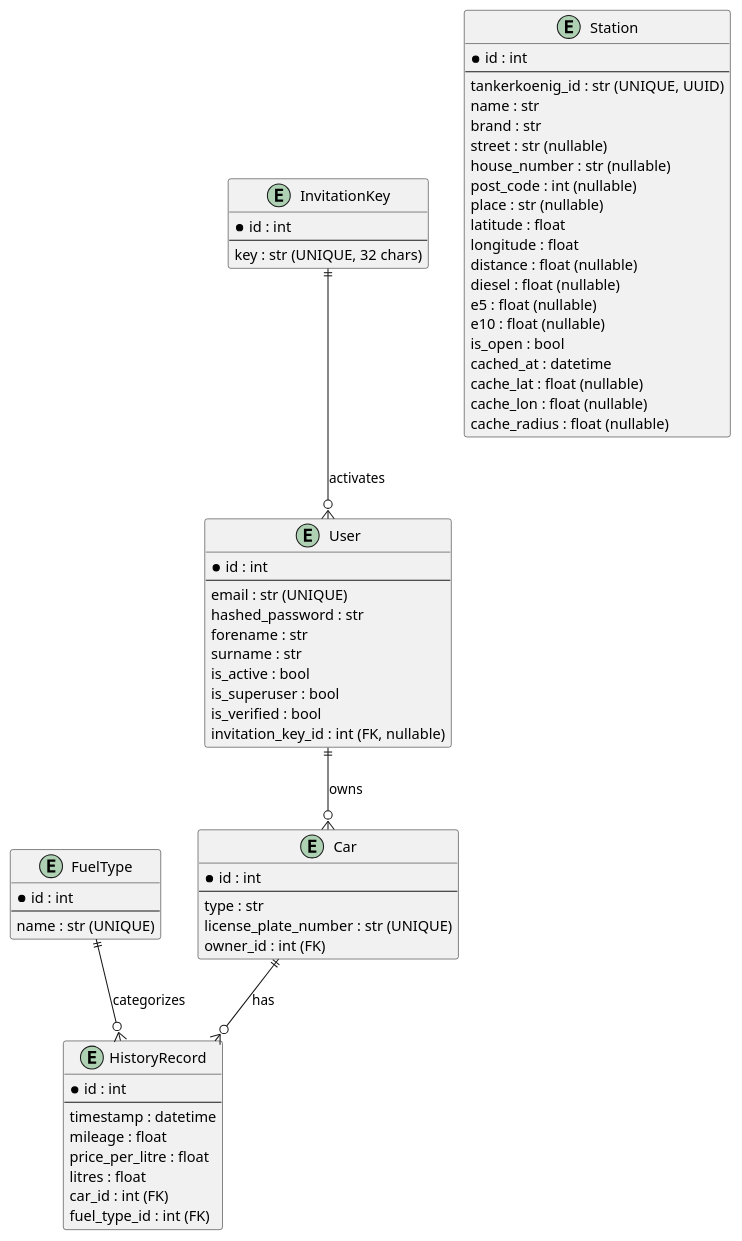
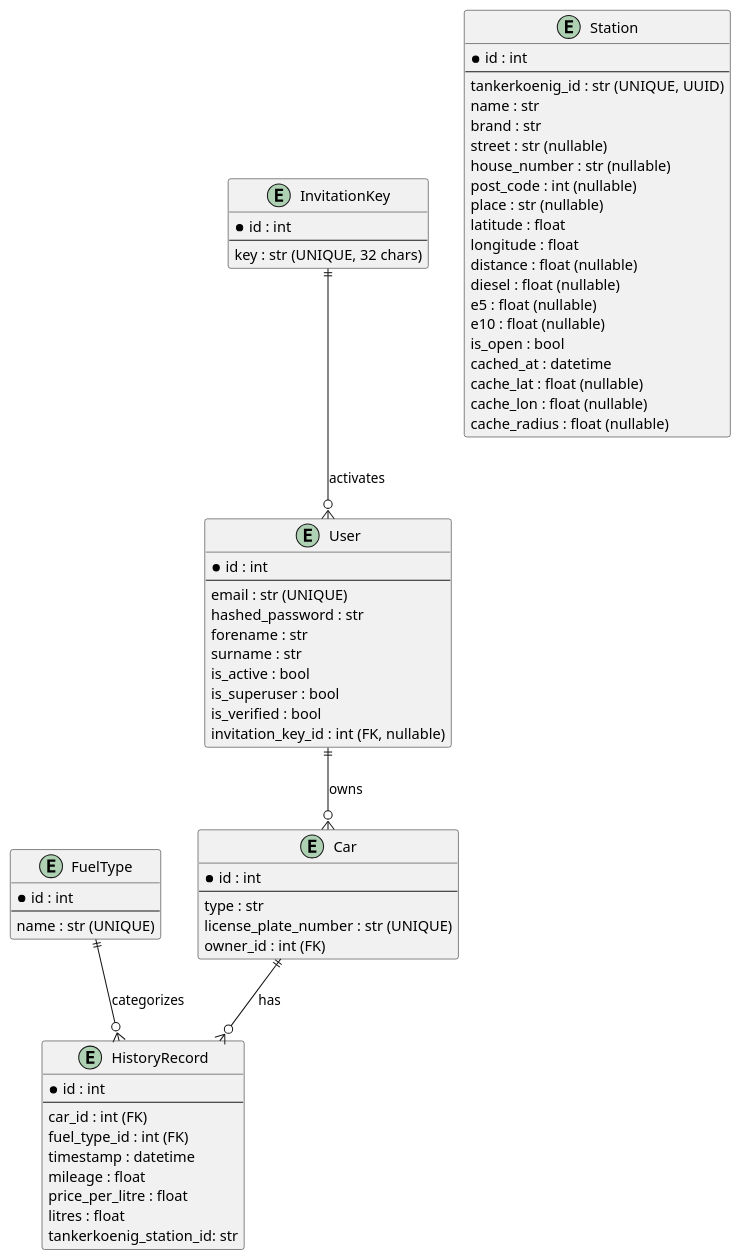
One commit to SQS-THRO/Tanker24 changed the third of 4 diagrams in docs/arc42/05_building_block_view.md. Above: the diagram before and after it, drawn with PlantUML. The commit also changed other lines of this file, not shown here.

Commit message:
#225 Updated ER-Diagram

````diff
--- a/docs/arc42/05_building_block_view.md
+++ b/docs/arc42/05_building_block_view.md
@@ -127,75 +127,76 @@
 ```puml
 @startuml
 entity "User" as user {
     *id : int
     --
     email : str (UNIQUE)
     hashed_password : str
     forename : str
     surname : str
     is_active : bool
     is_superuser : bool
     is_verified : bool
     invitation_key_id : int (FK, nullable)
 }
 
 entity "InvitationKey" as inv {
     *id : int
     --
     key : str (UNIQUE, 32 chars)
 }
 
 entity "Car" as car {
     *id : int
     --
     type : str
     license_plate_number : str (UNIQUE)
     owner_id : int (FK)
 }
 
 entity "HistoryRecord" as hr {
     *id : int
     --
+    car_id : int (FK)
+    fuel_type_id : int (FK)
     timestamp : datetime
     mileage : float
     price_per_litre : float
     litres : float
-    car_id : int (FK)
-    fuel_type_id : int (FK)
+    tankerkoenig_station_id: str
 }
 
 entity "FuelType" as ft {
     *id : int
     --
     name : str (UNIQUE)
 }
 
 entity "Station" as station {
     *id : int
     --
     tankerkoenig_id : str (UNIQUE, UUID)
     name : str
     brand : str
     street : str (nullable)
     house_number : str (nullable)
     post_code : int (nullable)
     place : str (nullable)
     latitude : float
     longitude : float
     distance : float (nullable)
     diesel : float (nullable)
     e5 : float (nullable)
     e10 : float (nullable)
     is_open : bool
     cached_at : datetime
     cache_lat : float (nullable)
     cache_lon : float (nullable)
     cache_radius : float (nullable)
 }
 
 inv ||--o{ user : "activates"
 user ||--o{ car : "owns"
 car ||--o{ hr : "has"
 ft ||--o{ hr : "categorizes"
 @enduml
 ```
````
